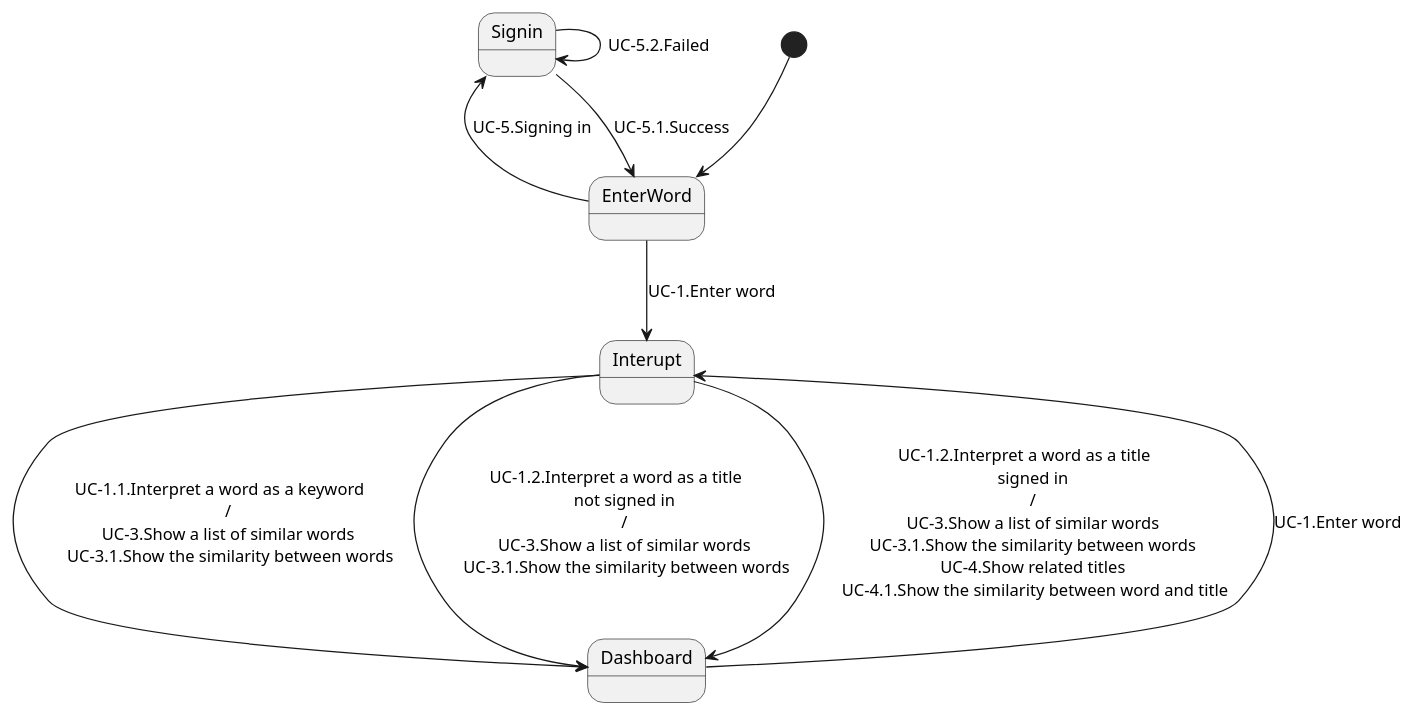
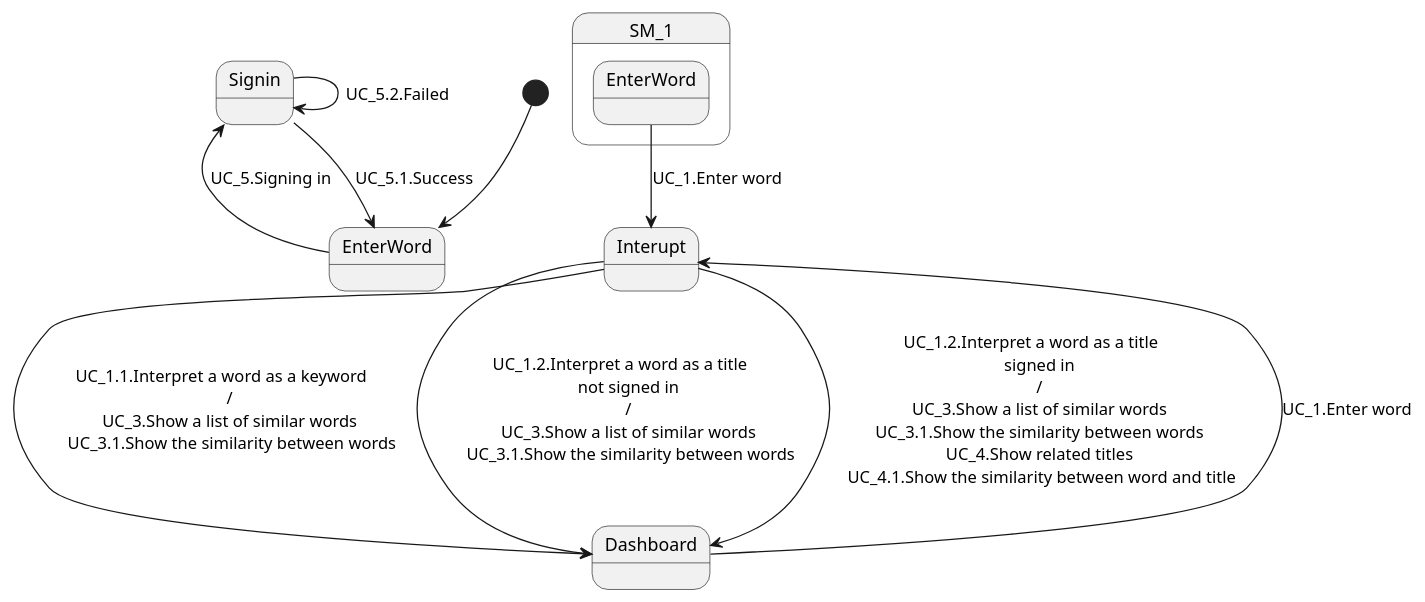
Before and after one commit to azarashin/Word2VecSOM: the diagram in web/doc/state_chart/state.pu, drawn with PlantUML. The commit also changed 5 other files, not shown here.

```diff
--- a/web/doc/state_chart/state.pu
+++ b/web/doc/state_chart/state.pu
@@ -1,37 +1,37 @@
 @startuml
 
 [*] --> EnterWord
-EnterWord --> Interupt : UC-1.Enter word
+SM_1.EnterWord --> Interupt : UC_1.Enter word
 
 Interupt --> Dashboard : \
-    UC-1.1.Interpret a word as a keyword \n\
+    UC_1.1.Interpret a word as a keyword \n\
     / \n\
-    UC-3.Show a list of similar words \n\
-    UC-3.1.Show the similarity between words
+    UC_3.Show a list of similar words \n\
+    UC_3.1.Show the similarity between words
 
 Interupt --> Dashboard : \
-    UC-1.2.Interpret a word as a title \n\
+    UC_1.2.Interpret a word as a title \n\
     not signed in \n\
     / \n\
-    UC-3.Show a list of similar words \n\
-    UC-3.1.Show the similarity between words
+    UC_3.Show a list of similar words \n\
+    UC_3.1.Show the similarity between words
 
 Interupt --> Dashboard : \
-    UC-1.2.Interpret a word as a title \n\
+    UC_1.2.Interpret a word as a title \n\
     signed in \n\
     / \n\
-    UC-3.Show a list of similar words \n\
-    UC-3.1.Show the similarity between words \n\
-    UC-4.Show related titles \n\
-    UC-4.1.Show the similarity between word and title
+    UC_3.Show a list of similar words \n\
+    UC_3.1.Show the similarity between words \n\
+    UC_4.Show related titles \n\
+    UC_4.1.Show the similarity between word and title
 
 
 
-Dashboard --> Interupt : UC-1.Enter word
+Dashboard --> Interupt : UC_1.Enter word
 
-EnterWord -up-> Signin : UC-5.Signing in
-Signin --> EnterWord : UC-5.1.Success
-Signin --> Signin : UC-5.2.Failed
+EnterWord -up-> Signin : UC_5.Signing in
+Signin --> EnterWord : UC_5.1.Success
+Signin --> Signin : UC_5.2.Failed
 
 
 @enduml
```
